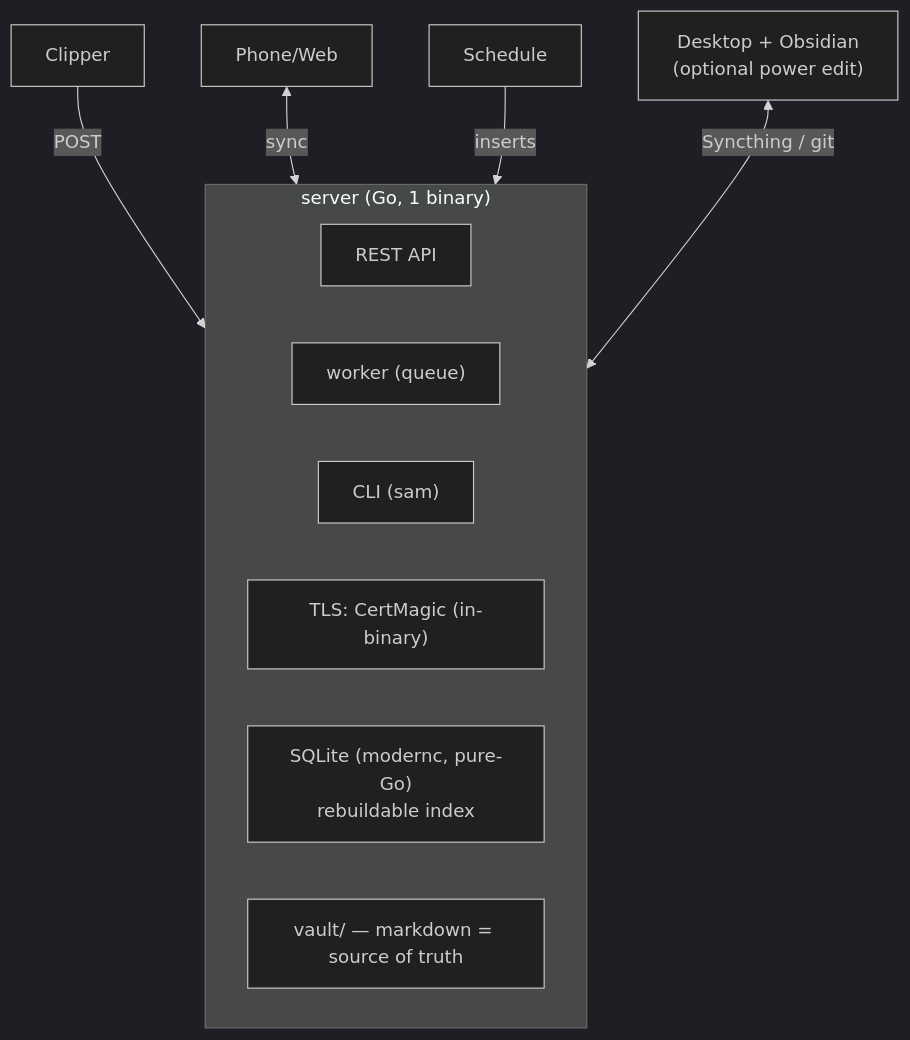
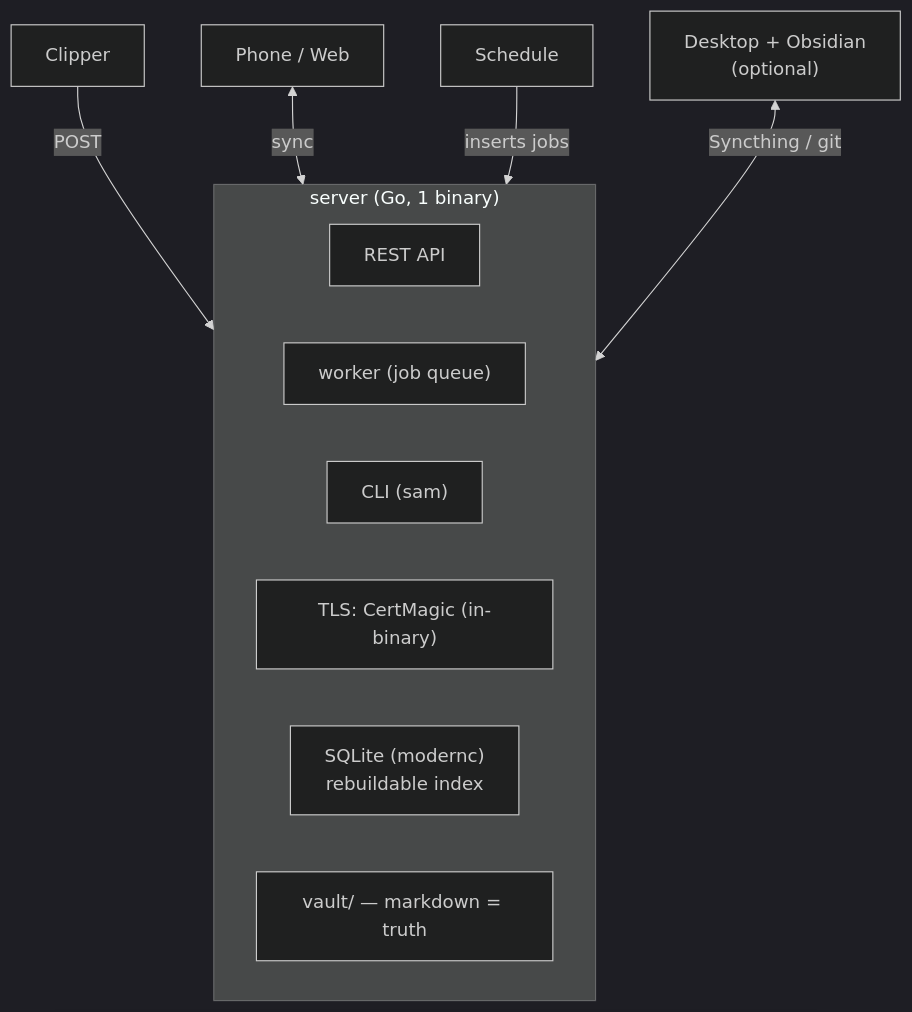
Before and after one commit to symunona/samizdat: the first of 2 diagrams in ARCHITECTURE.md, drawn with Mermaid (dark theme). The commit also changed other lines of this file and 51 other files, not shown here.

````diff
--- a/ARCHITECTURE.md
+++ b/ARCHITECTURE.md
@@ -7,16 +8,16 @@
 ```mermaid
 graph TD
     Clipper -->|POST| Server
-    PhoneWeb["Phone/Web"] <-->|sync| Server
-    Schedule -->|inserts| Server
-    Desktop["Desktop + Obsidian\n(optional power edit)"] <-->|Syncthing / git| Server
+    PhoneWeb["Phone / Web"] <-->|sync| Server
+    Schedule -->|inserts jobs| Server
+    Desktop["Desktop + Obsidian\n(optional)"] <-->|Syncthing / git| Server
 
     subgraph Server["server (Go, 1 binary)"]
         API[REST API]
-        Worker["worker (queue)"]
+        Worker["worker (job queue)"]
         SAMCLI["CLI (sam)"]
         TLS["TLS: CertMagic (in-binary)"]
-        DB["SQLite (modernc, pure-Go)\nrebuildable index"]
-        Vault["vault/ — markdown = source of truth"]
+        DB["SQLite (modernc)\nrebuildable index"]
+        Vault["vault/ — markdown = truth"]
     end
 ```
````
